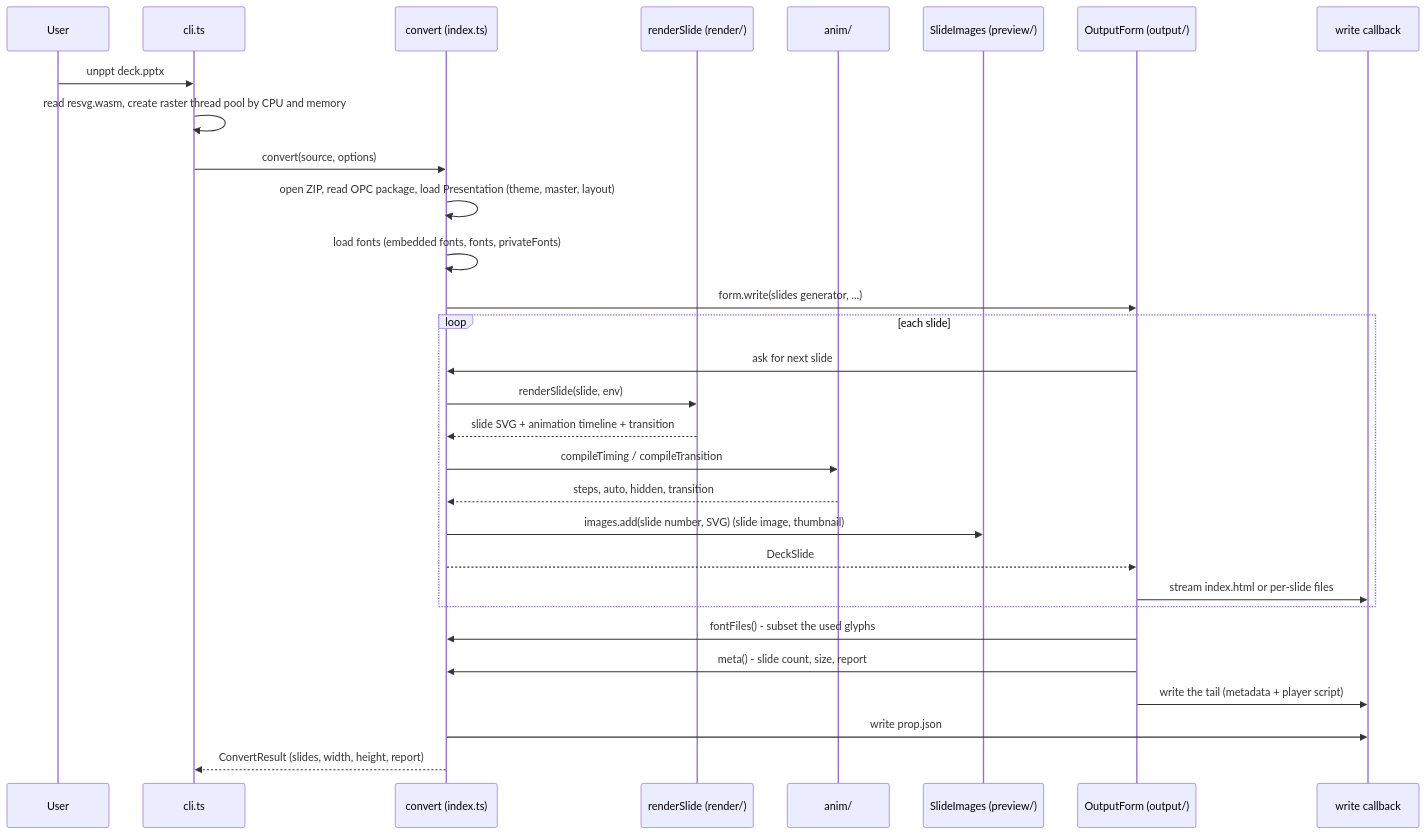
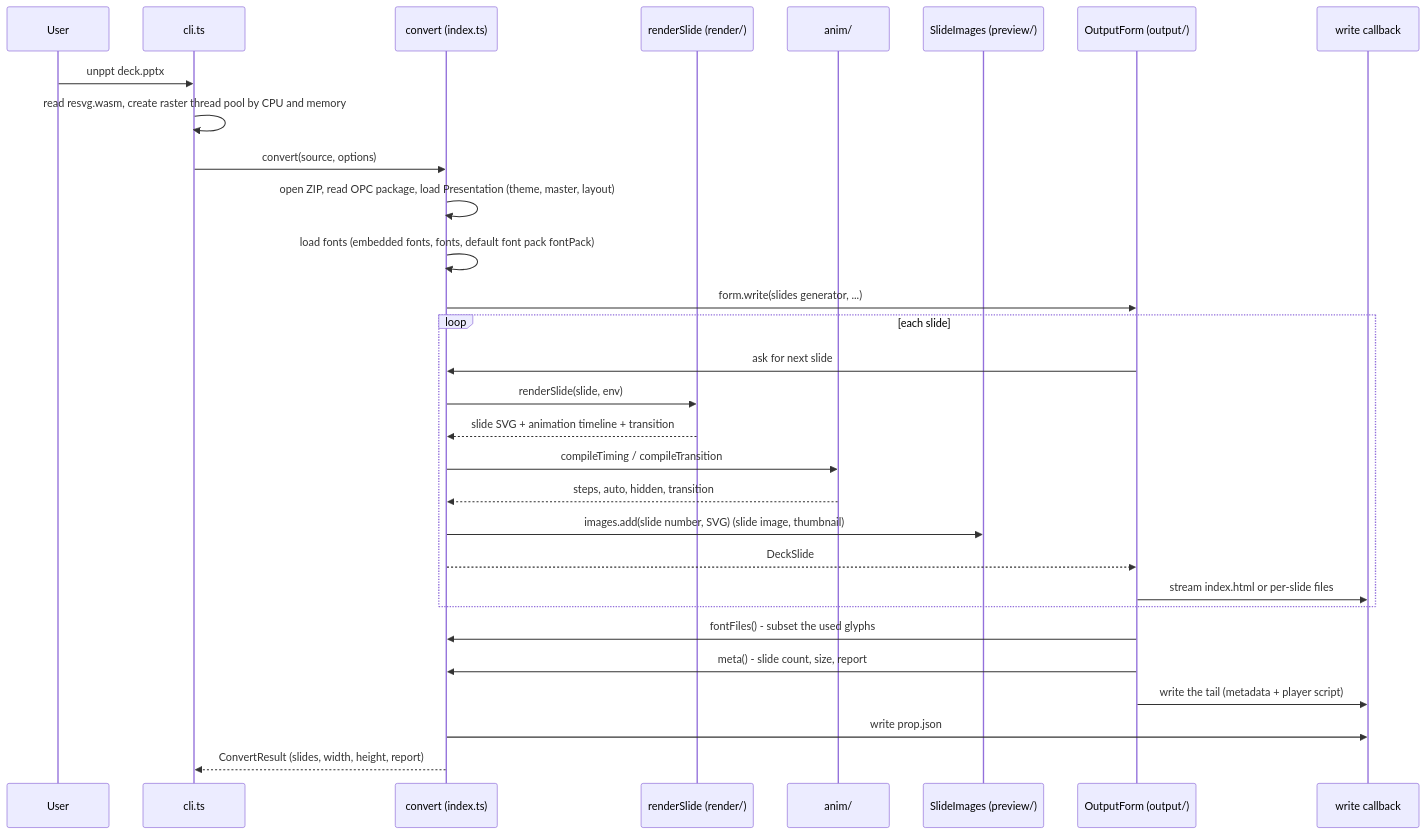
The fifth of 16 diagrams in docs/en/architecture.md (spitmaster/unppt), drawn with Mermaid before and after one commit. The commit also changed other lines of this file and 15 other files, not shown here.

````diff
--- a/docs/en/architecture.md
+++ b/docs/en/architecture.md
@@ -205,33 +207,33 @@
 ```mermaid
 sequenceDiagram
   participant U as User
   participant CLI as cli.ts
   participant C as convert (index.ts)
   participant R as renderSlide (render/)
   participant A as anim/
   participant I as SlideImages (preview/)
   participant O as OutputForm (output/)
   participant W as write callback
 
   U->>CLI: unppt deck.pptx
   CLI->>CLI: read resvg.wasm, create raster thread pool by CPU and memory
   CLI->>C: convert(source, options)
   C->>C: open ZIP, read OPC package, load Presentation (theme, master, layout)
-  C->>C: load fonts (embedded fonts, fonts, privateFonts)
+  C->>C: load fonts (embedded fonts, fonts, default font pack fontPack)
   C->>O: form.write(slides generator, ...)
   loop each slide
     O->>C: ask for next slide
     C->>R: renderSlide(slide, env)
     R-->>C: slide SVG + animation timeline + transition
     C->>A: compileTiming / compileTransition
     A-->>C: steps, auto, hidden, transition
     C->>I: images.add(slide number, SVG) (slide image, thumbnail)
     C-->>O: DeckSlide
     O->>W: stream index.html or per-slide files
   end
   O->>C: fontFiles() - subset the used glyphs
   O->>C: meta() - slide count, size, report
   O->>W: write the tail (metadata + player script)
   C->>W: write prop.json
   C-->>CLI: ConvertResult (slides, width, height, report)
 ```
````
